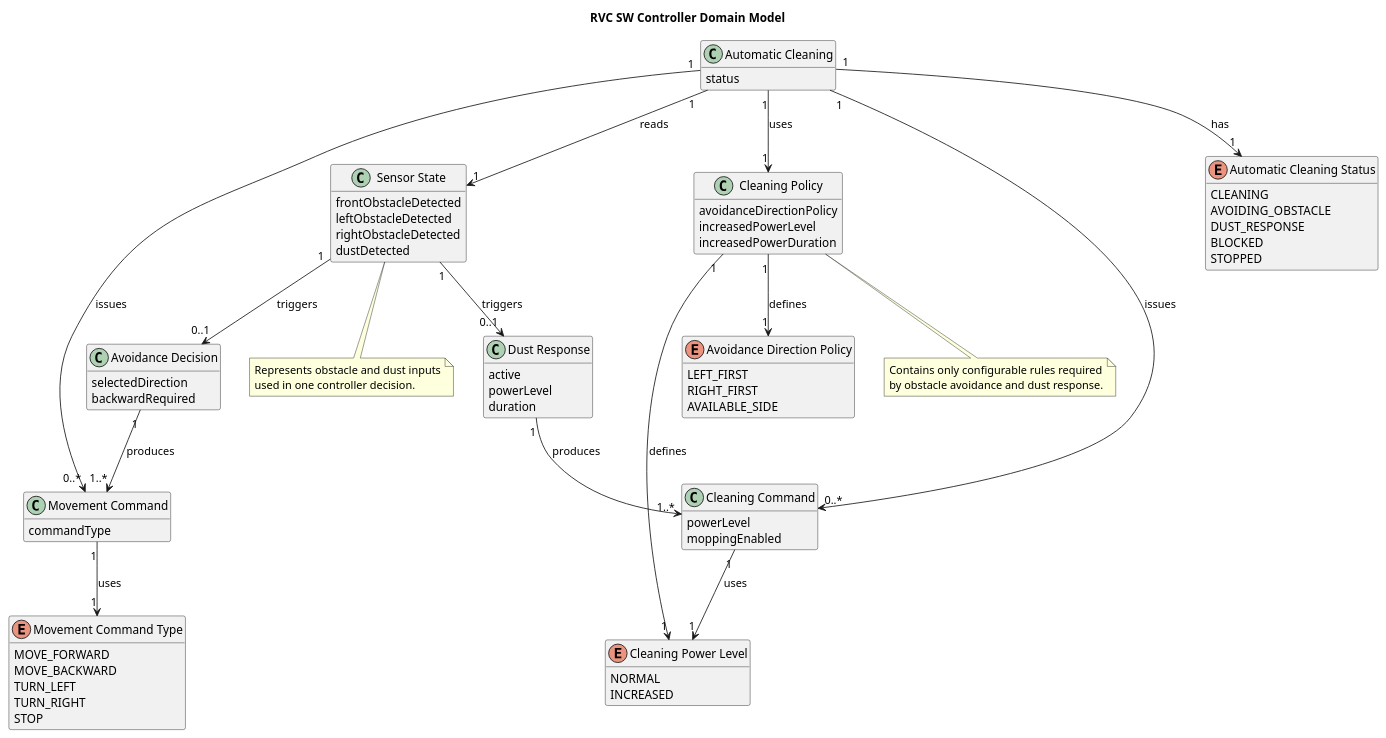
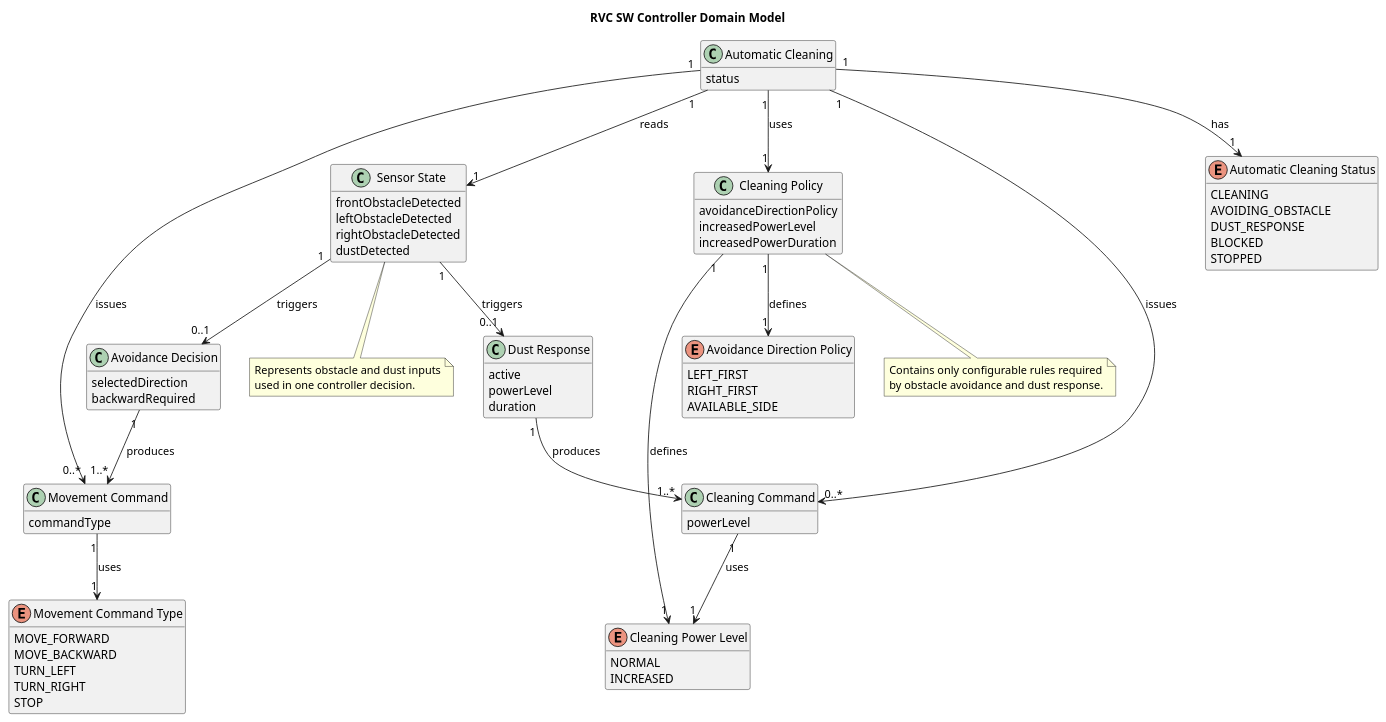
Before and after one commit to OOAD-Team3/Robot-Vacuum-Cleaner-AI: the diagram in docs/domain-model.puml, drawn with PlantUML. The commit also changed 11 other files, not shown here.

```diff
--- a/docs/domain-model.puml
+++ b/docs/domain-model.puml
@@ -1,99 +1,98 @@
 @startuml RVC_Domain_Model
 title RVC SW Controller Domain Model
 
 skinparam classAttributeIconSize 0
 hide methods
 
 class "Automatic Cleaning" as AutomaticCleaning {
   status
 }
 
 class "Sensor State" as SensorState {
   frontObstacleDetected
   leftObstacleDetected
   rightObstacleDetected
   dustDetected
 }
 
 class "Cleaning Policy" as CleaningPolicy {
   avoidanceDirectionPolicy
   increasedPowerLevel
   increasedPowerDuration
 }
 
 class "Avoidance Decision" as AvoidanceDecision {
   selectedDirection
   backwardRequired
 }
 
 class "Dust Response" as DustResponse {
   active
   powerLevel
   duration
 }
 
 class "Movement Command" as MovementCommand {
   commandType
 }
 
 class "Cleaning Command" as CleaningCommand {
   powerLevel
-  moppingEnabled
 }
 
 enum "Automatic Cleaning Status" as AutomaticCleaningStatus {
   CLEANING
   AVOIDING_OBSTACLE
   DUST_RESPONSE
   BLOCKED
   STOPPED
 }
 
 enum "Movement Command Type" as MovementCommandType {
   MOVE_FORWARD
   MOVE_BACKWARD
   TURN_LEFT
   TURN_RIGHT
   STOP
 }
 
 enum "Cleaning Power Level" as CleaningPowerLevel {
   NORMAL
   INCREASED
 }
 
 enum "Avoidance Direction Policy" as AvoidanceDirectionPolicy {
   LEFT_FIRST
   RIGHT_FIRST
   AVAILABLE_SIDE
 }
 
 AutomaticCleaning "1" --> "1" SensorState : reads
 AutomaticCleaning "1" --> "1" CleaningPolicy : uses
 AutomaticCleaning "1" --> "0..*" MovementCommand : issues
 AutomaticCleaning "1" --> "0..*" CleaningCommand : issues
 AutomaticCleaning "1" --> "1" AutomaticCleaningStatus : has
 
 SensorState "1" --> "0..1" AvoidanceDecision : triggers
 SensorState "1" --> "0..1" DustResponse : triggers
 
 CleaningPolicy "1" --> "1" AvoidanceDirectionPolicy : defines
 CleaningPolicy "1" --> "1" CleaningPowerLevel : defines
 
 AvoidanceDecision "1" --> "1..*" MovementCommand : produces
 DustResponse "1" --> "1..*" CleaningCommand : produces
 
 MovementCommand "1" --> "1" MovementCommandType : uses
 CleaningCommand "1" --> "1" CleaningPowerLevel : uses
 
 note bottom of SensorState
   Represents obstacle and dust inputs
   used in one controller decision.
 end note
 
 note bottom of CleaningPolicy
   Contains only configurable rules required
   by obstacle avoidance and dust response.
 end note
 
 @enduml
```
